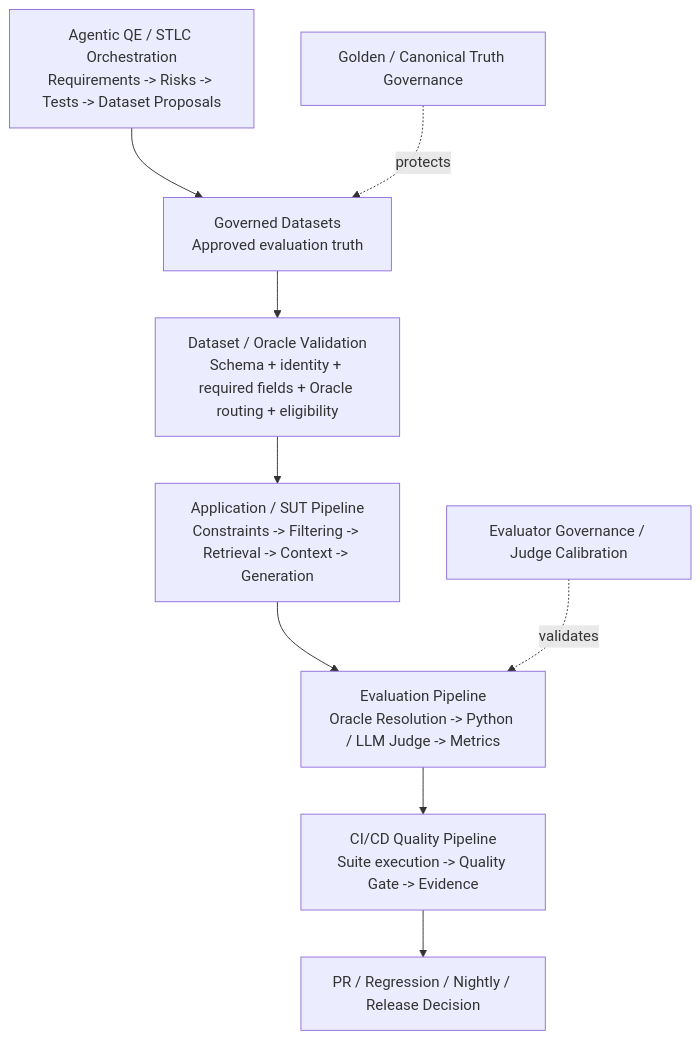
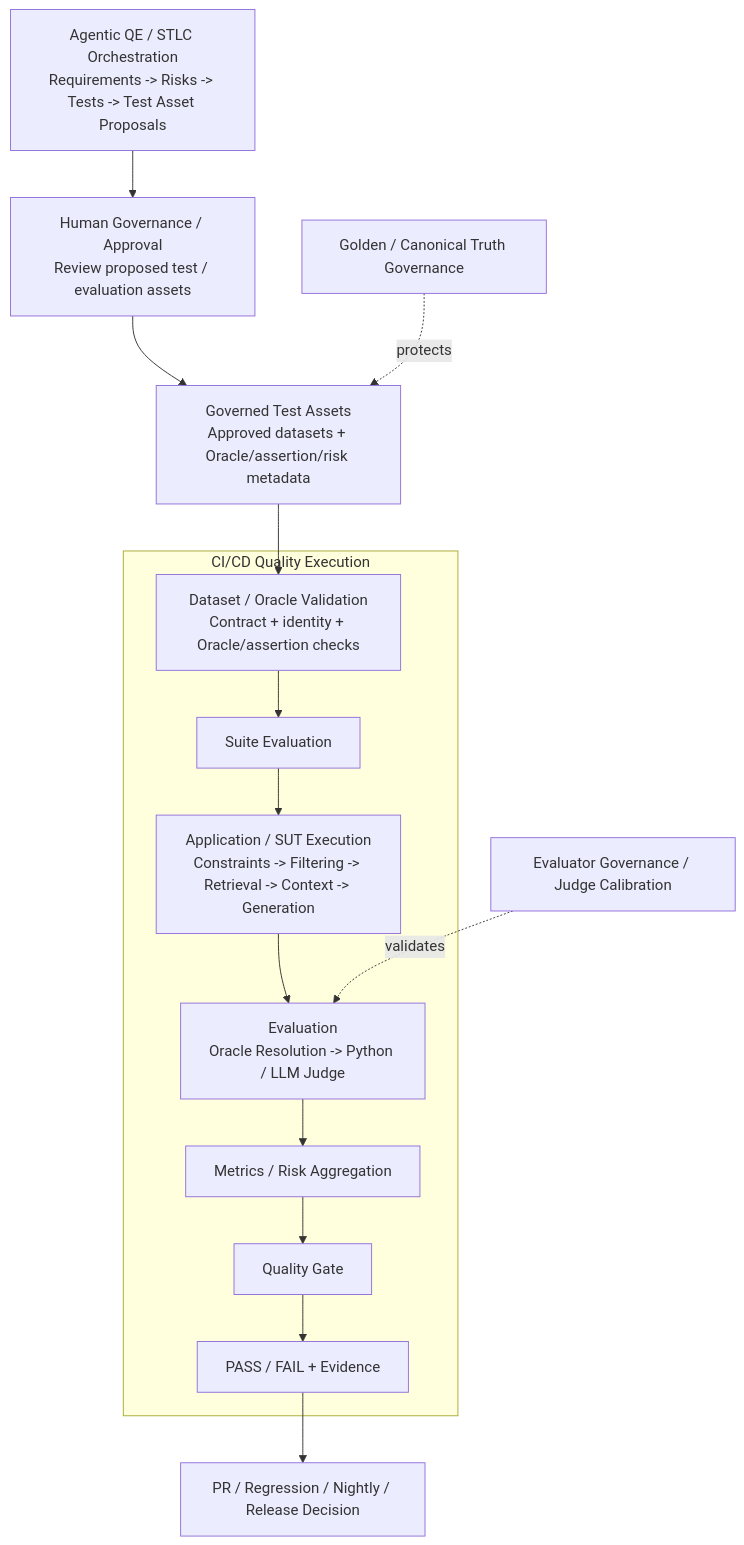
The first of 9 diagrams in docs/master_architecture.md (oleksandrserhieiev-beep/ai-qe-lab), drawn with Mermaid before and after one commit. The commit also changed other lines of this file, not shown here.

Commit message:
docs: correct governance and CI execution boundaries

````diff
--- a/docs/master_architecture.md
+++ b/docs/master_architecture.md
@@ -11,20 +16,32 @@
 ```mermaid
 flowchart TB
-    ORCH["Agentic QE / STLC Orchestration\nRequirements -> Risks -> Tests -> Dataset Proposals"]
-    DS["Governed Datasets\nApproved evaluation truth"]
-    DV["Dataset / Oracle Validation\nSchema + identity + required fields + Oracle routing + eligibility"]
-    APP["Application / SUT Pipeline\nConstraints -> Filtering -> Retrieval -> Context -> Generation"]
-    EVAL["Evaluation Pipeline\nOracle Resolution -> Python / LLM Judge -> Metrics"]
-    CICD["CI/CD Quality Pipeline\nSuite execution -> Quality Gate -> Evidence"]
-    DEC["PR / Regression / Nightly / Release Decision"]
+    ORCH["Agentic QE / STLC Orchestration\nRequirements -> Risks -> Tests -> Test Asset Proposals"]
+    HGA["Human Governance / Approval\nReview proposed test / evaluation assets"]
+    GTA["Governed Test Assets\nApproved datasets + Oracle/assertion/risk metadata"]
 
-    ORCH --> DS
-    DS --> DV
-    DV --> APP
-    APP --> EVAL
-    EVAL --> CICD
-    CICD --> DEC
+    ORCH --> HGA
+    HGA --> GTA
 
-    GOLD["Golden / Canonical Truth Governance"] -. protects .-> DS
-    JG["Evaluator Governance / Judge Calibration"] -. validates .-> EVAL
+    subgraph CICD["CI/CD Quality Execution"]
+        DV["Dataset / Oracle Validation\nContract + identity + Oracle/assertion checks"]
+        SE["Suite Evaluation"]
+        APP["Application / SUT Execution\nConstraints -> Filtering -> Retrieval -> Context -> Generation"]
+        EV["Evaluation\nOracle Resolution -> Python / LLM Judge"]
+        AGG["Metrics / Risk Aggregation"]
+        QG["Quality Gate"]
+        EVID["PASS / FAIL + Evidence"]
+
+        DV --> SE
+        SE --> APP
+        APP --> EV
+        EV --> AGG
+        AGG --> QG
+        QG --> EVID
+    end
+
+    GTA --> DV
+    EVID --> DEC["PR / Regression / Nightly / Release Decision"]
+
+    GOLD["Golden / Canonical Truth Governance"] -. protects .-> GTA
+    JG["Evaluator Governance / Judge Calibration"] -. validates .-> EV
 ```
````
